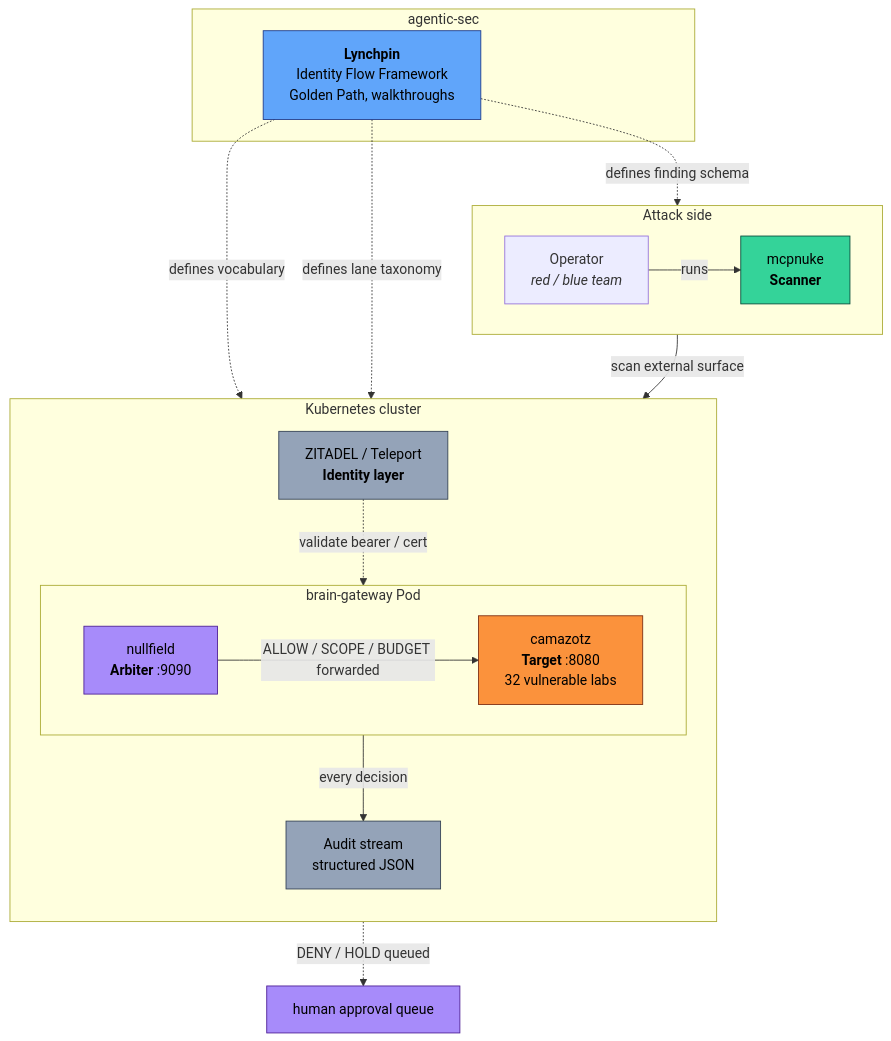
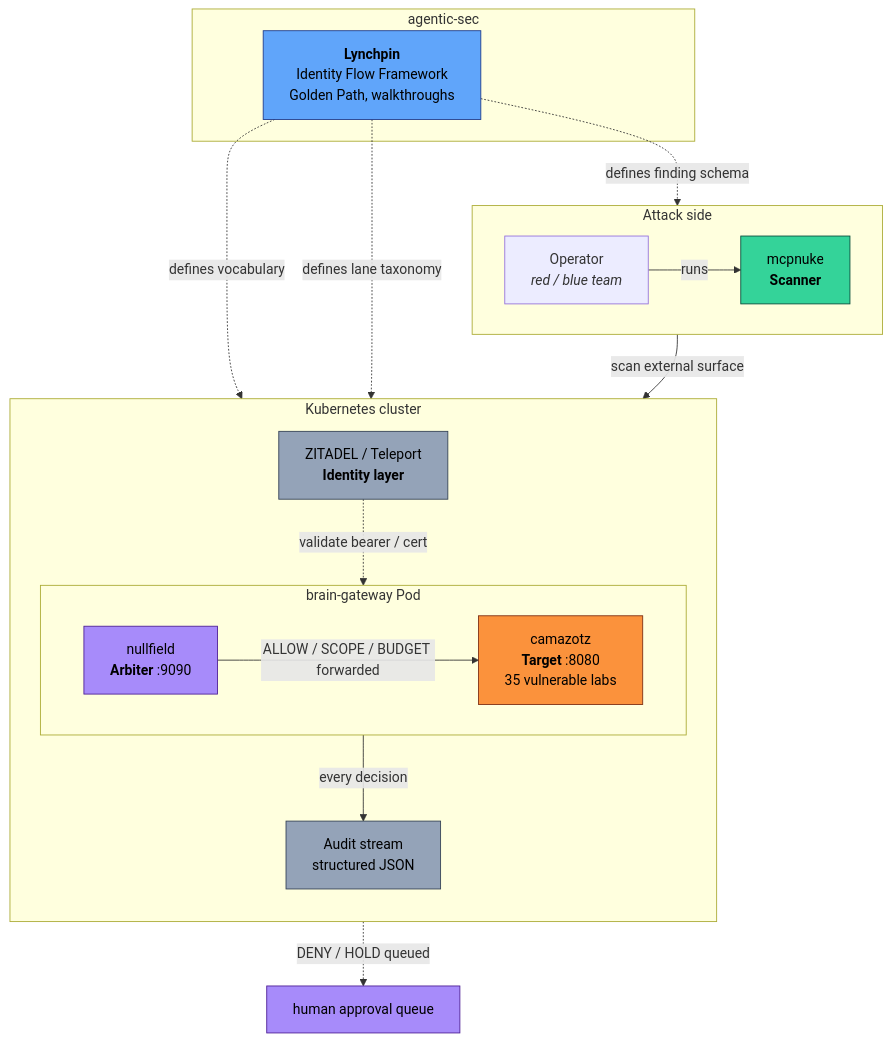
One commit to babywyrm/agentic-sec changed the first of 4 diagrams in README.md. Above: the diagram before and after it, drawn with Mermaid. The commit also changed other lines of this file, not shown here.

````diff
--- a/README.md
+++ b/README.md
@@ -69,44 +69,44 @@
 ```mermaid
 flowchart TB
   subgraph attacker["Attack side"]
     direction LR
     OP["Operator<br/><i>red / blue team</i>"]
     MN["mcpnuke<br/><b>Scanner</b>"]
   end
 
   subgraph cluster["Kubernetes cluster"]
     direction TB
     subgraph pod["brain-gateway Pod"]
       direction LR
       NF["nullfield<br/><b>Arbiter</b> :9090"]
-      GW["camazotz<br/><b>Target</b> :8080<br/>32 vulnerable labs"]
+      GW["camazotz<br/><b>Target</b> :8080<br/>35 vulnerable labs"]
     end
     IDP["ZITADEL / Teleport<br/><b>Identity layer</b>"]
     AUDIT["Audit stream<br/>structured JSON"]
   end
 
   subgraph docs["agentic-sec"]
     DOCS["<b>Lynchpin</b><br/>Identity Flow Framework<br/>Golden Path, walkthroughs"]
   end
 
   OP -->|runs| MN
   MN -->|scan external surface| NF
   NF -->|ALLOW / SCOPE / BUDGET forwarded| GW
   NF -.->|DENY / HOLD queued| HOLDQ["human approval queue"]
   NF -->|every decision| AUDIT
   IDP -.->|validate bearer / cert| NF
   DOCS -.->|defines vocabulary| NF
   DOCS -.->|defines lane taxonomy| GW
   DOCS -.->|defines finding schema| MN
 
   classDef target  fill:#fb923c,stroke:#7c2d12,color:#000;
   classDef policy  fill:#a78bfa,stroke:#4c1d95,color:#000;
   classDef scanner fill:#34d399,stroke:#064e3b,color:#000;
   classDef lynch   fill:#60a5fa,stroke:#1e3a8a,color:#000;
   classDef infra   fill:#94a3b8,stroke:#334155,color:#000;
   class GW target;
   class NF,HOLDQ policy;
   class MN scanner;
   class DOCS lynch;
   class IDP,AUDIT infra;
 ```
````
